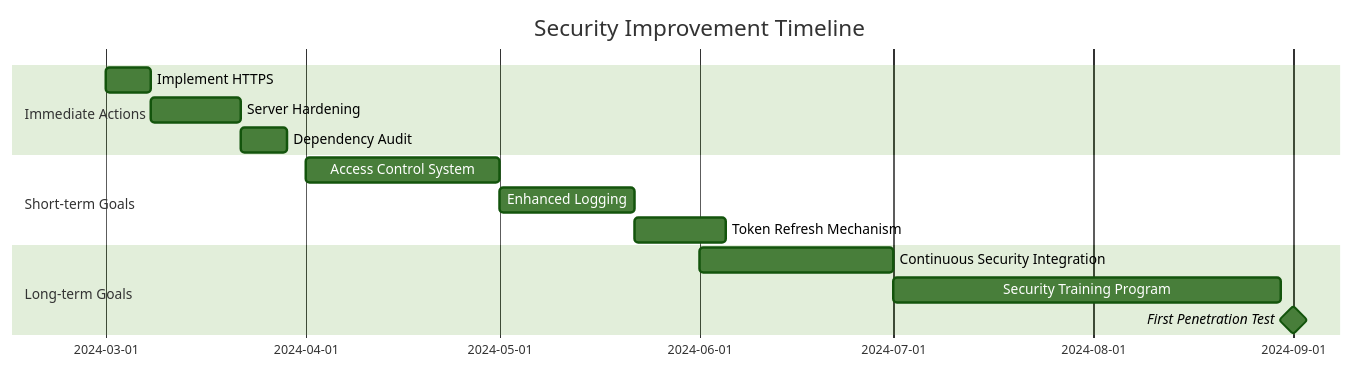
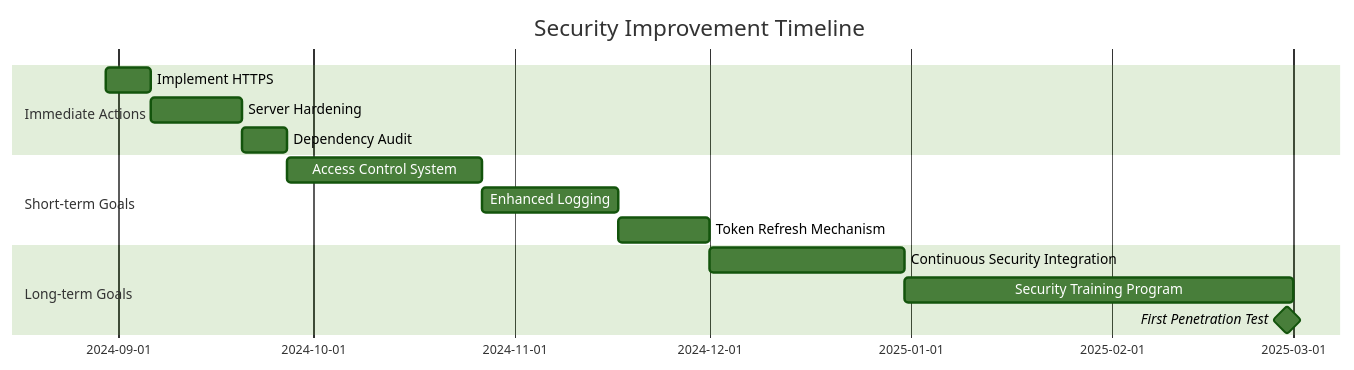
The seventh of 7 diagrams in docs/Security_Audit.md (danbiocchi/oxidizedoasis-websands), drawn with Mermaid (forest theme) before and after one commit.

Commit message:
Update gant

````diff
--- a/docs/Security_Audit.md
+++ b/docs/Security_Audit.md
@@ -534,17 +534,17 @@
 ```mermaid
 gantt
     title Security Improvement Timeline
     dateFormat  YYYY-MM-DD
     section Immediate Actions
-    Implement HTTPS           :a1, 2024-03-01, 7d
-    Server Hardening          :a2, 2024-03-08, 14d
-    Dependency Audit          :a3, 2024-03-22, 7d
+    Implement HTTPS           :a1, 2024-08-30, 7d
+    Server Hardening          :a2, 2024-09-06, 14d
+    Dependency Audit          :a3, 2024-09-20, 7d
     section Short-term Goals
-    Access Control System     :b1, 2024-04-01, 30d
-    Enhanced Logging          :b2, 2024-05-01, 21d
-    Token Refresh Mechanism   :b3, 2024-05-22, 14d
+    Access Control System     :b1, 2024-09-27, 30d
+    Enhanced Logging          :b2, 2024-10-27, 21d
+    Token Refresh Mechanism   :b3, 2024-11-17, 14d
     section Long-term Goals
-    Continuous Security Integration :c1, 2024-06-01, 30d
-    Security Training Program :c2, 2024-07-01, 60d
-    First Penetration Test    :milestone, m1, 2024-09-01, 0d
+    Continuous Security Integration :c1, 2024-12-01, 30d
+    Security Training Program :c2, 2024-12-31, 60d
+    First Penetration Test    :milestone, m1, 2025-02-28, 0d
 ```
````
